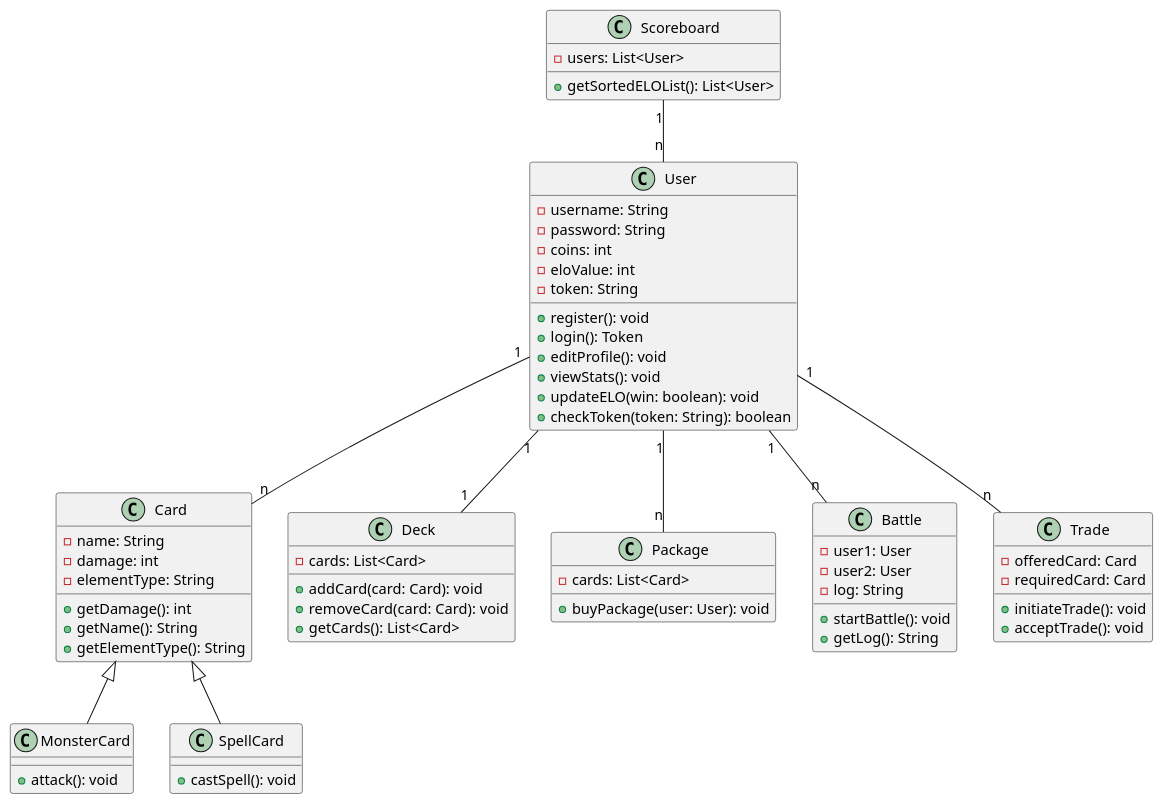
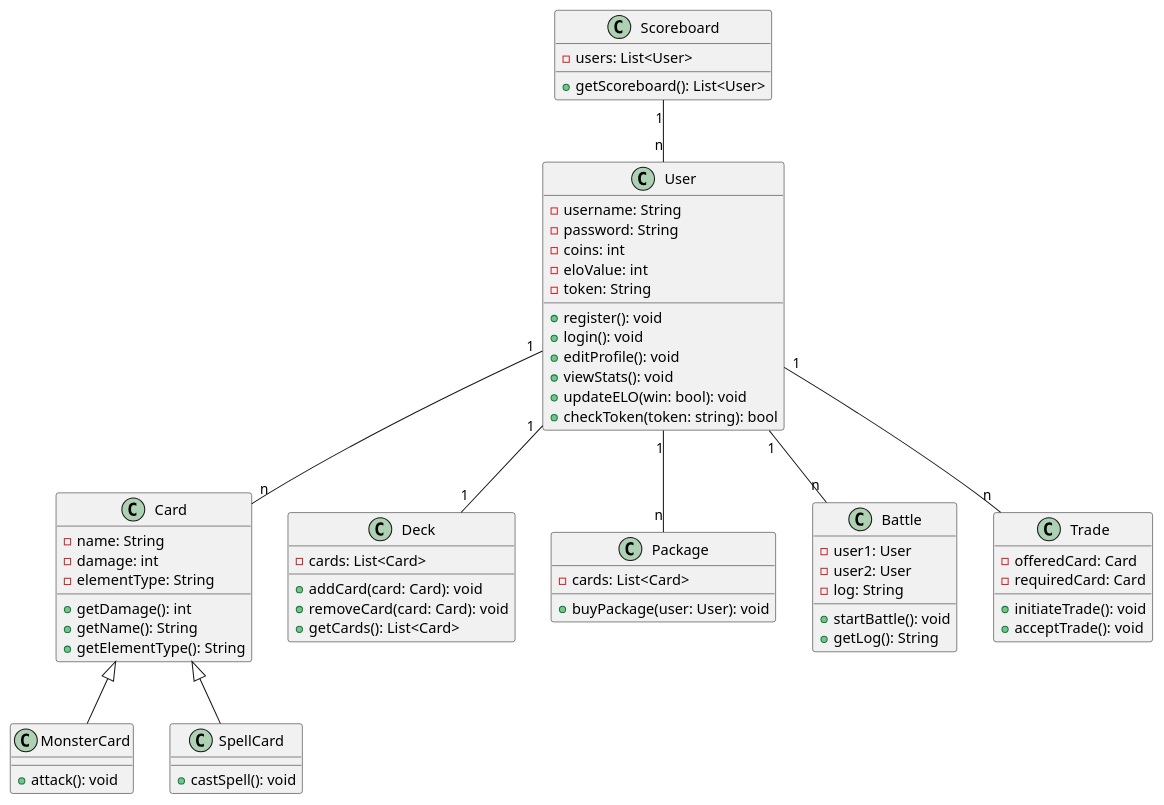
The diagram in documentation/Klassendiagramm.puml (magnusgoeppel/MTCG), drawn with PlantUML before and after one commit. The commit also changed 4 other files, not shown here.

```diff
--- a/documentation/Klassendiagramm.puml
+++ b/documentation/Klassendiagramm.puml
@@ -1,89 +1,89 @@
 @startuml
 
 class User
 {
     - username: String
     - password: String
     - coins: int
     - eloValue: int
     - token: String
 
     + register(): void
-    + login(): Token
+    + login(): void
     + editProfile(): void
     + viewStats(): void
-    + updateELO(win: boolean): void
-    + checkToken(token: String): boolean
+    + updateELO(win: bool): void
+    + checkToken(token: string): bool
 }
 
 class Card
 {
     - name: String
     - damage: int
     - elementType: String
 
     + getDamage(): int
     + getName(): String
     + getElementType(): String
 }
 
 class MonsterCard extends Card
 {
     + attack(): void
 }
 
 class SpellCard extends Card
 {
     + castSpell(): void
 }
 
 class Deck
 {
     - cards: List<Card>
 
     + addCard(card: Card): void
     + removeCard(card: Card): void
     + getCards(): List<Card>
 }
 
 class Package
 {
     - cards: List<Card>
 
     + buyPackage(user: User): void
 }
 
 class Battle
 {
     - user1: User
     - user2: User
     - log: String
 
     + startBattle(): void
     + getLog(): String
 }
 
 class Trade
 {
     - offeredCard: Card
     - requiredCard: Card
 
     + initiateTrade(): void
     + acceptTrade(): void
 }
 
 class Scoreboard
 {
     - users: List<User>
 
-    + getSortedELOList(): List<User>
+    + getScoreboard(): List<User>
 }
 
 User "1" -- "n" Card
 User "1" -- "1" Deck
 User "1" -- "n" Package
 User "1" -- "n" Battle
 User "1" -- "n" Trade
 Scoreboard "1" -- "n" User
 
 @enduml
```
